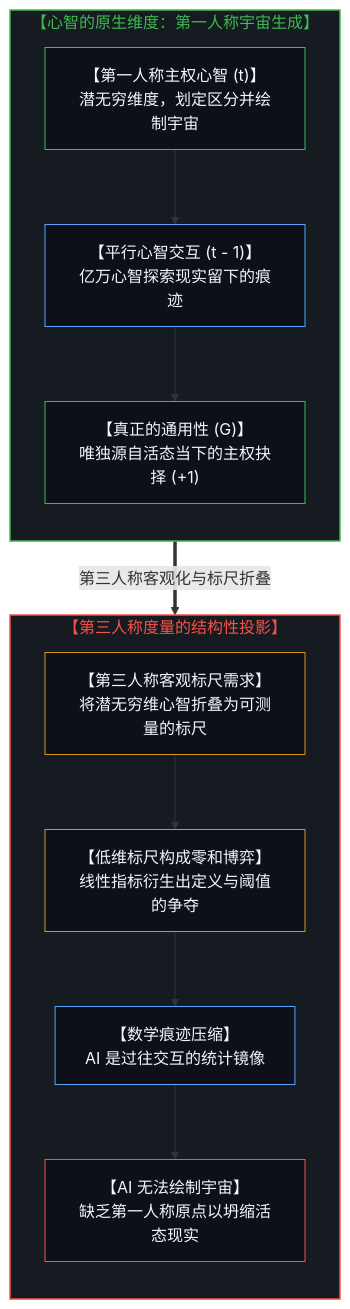
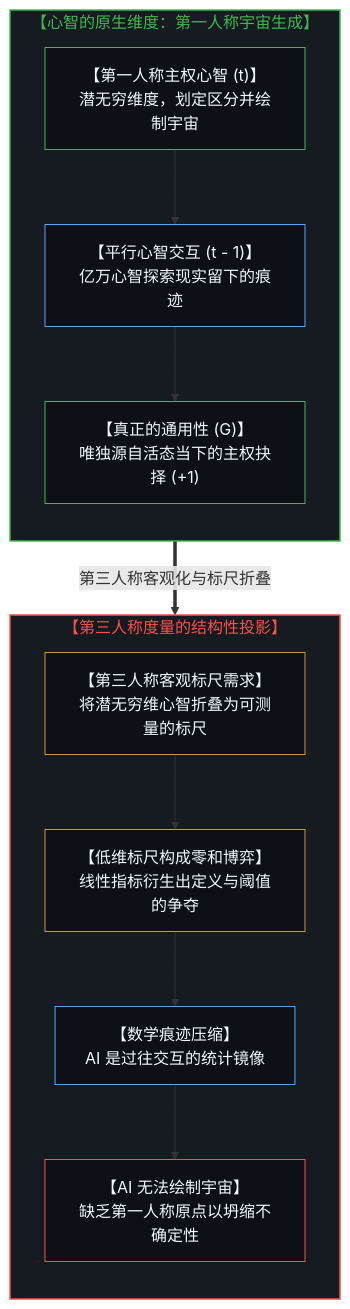
Diagram 13 of 16 in content/posts/the-dissolution-of-the-great-reversal.md (powerpig99/not-a-toe), drawn with Mermaid before and after one commit. The commit also changed other lines of this file and 6 other files, not shown here.

````diff
--- a/content/posts/the-dissolution-of-the-great-reversal.md
+++ b/content/posts/the-dissolution-of-the-great-reversal.md
@@ -481,31 +481,31 @@
 ```mermaid
 flowchart TD
     subgraph S_Cosmic["【心智的原生维度：第一人称宇宙生成】"]
         direction TB
         SovereignObserver["【第一人称主权心智 (t)】<br/>潜无穷维度，划定区分并绘制宇宙"]
         ParallelMindInteractions["【平行心智交互 (t - 1)】<br/>亿万心智探索现实留下的痕迹"]
         TrueGeneralWisdom["【真正的通用性 (G)】<br/>唯独源自活态当下的主权抉择 (+1)"]
         SovereignObserver --> ParallelMindInteractions
         ParallelMindInteractions --> TrueGeneralWisdom
     end
     S_Cosmic ==>|"第三人称客观化与标尺折叠"| S_AGIMirror
     subgraph S_AGIMirror["【第三人称度量的结构性投影】"]
         direction TB
         MetricProjection["【第三人称客观标尺需求】<br/>将潜无穷维心智折叠为可测量的标尺"]
         ZeroSumStructure["【低维标尺构成零和博弈】<br/>线性指标衍生出定义与阈值的争夺"]
         ModelCompression["【数学痕迹压缩】<br/>AI 是过往交互的统计镜像"]
-        NoUniversePainting["【AI 无法绘制宇宙】<br/>缺乏第一人称原点以坍缩活态现实"]
+        NoUniversePainting["【AI 无法绘制宇宙】<br/>缺乏第一人称原点以坍缩不确定性"]
         MetricProjection --> ZeroSumStructure
         ZeroSumStructure --> ModelCompression
         ModelCompression --> NoUniversePainting
     end
     style S_Cosmic fill:#161b22,stroke:#3fb950,stroke-width:1.5px,color:#3fb950
     style S_AGIMirror fill:#161b22,stroke:#f85149,stroke-width:1.5px,color:#f85149
     style SovereignObserver fill:#0d1117,stroke:#3fb950,stroke-width:1px,color:#f0f6fc
     style ParallelMindInteractions fill:#0d1117,stroke:#58a6ff,stroke-width:1px,color:#f0f6fc
     style TrueGeneralWisdom fill:#0d1117,stroke:#3fb950,stroke-width:1px,color:#f0f6fc
     style MetricProjection fill:#0d1117,stroke:#d29922,stroke-width:1px,color:#f0f6fc
     style ZeroSumStructure fill:#0d1117,stroke:#d29922,stroke-width:1px,color:#f0f6fc
     style ModelCompression fill:#0d1117,stroke:#58a6ff,stroke-width:1px,color:#f0f6fc
     style NoUniversePainting fill:#0d1117,stroke:#f85149,stroke-width:1px,color:#f0f6fc
 ```
````
